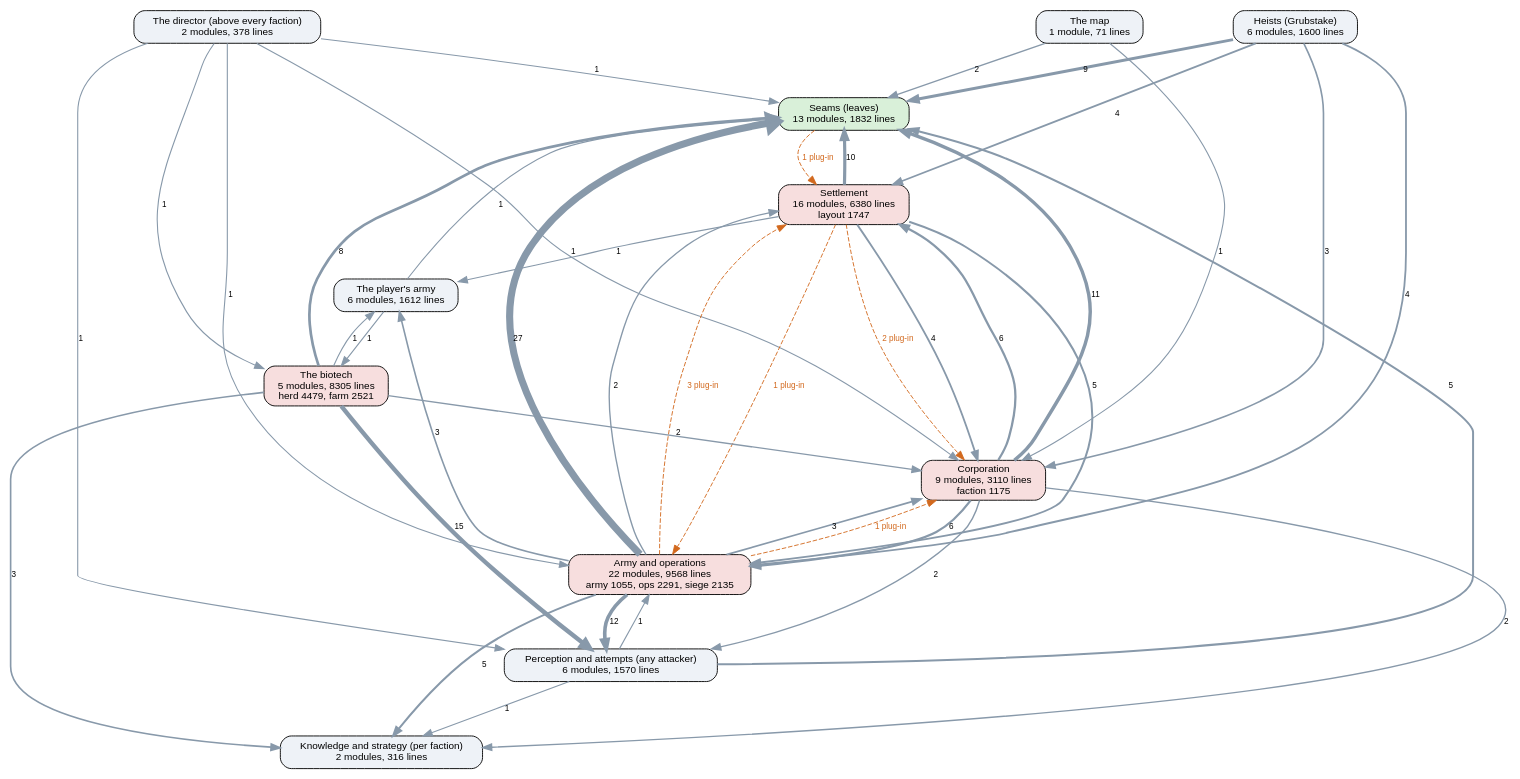
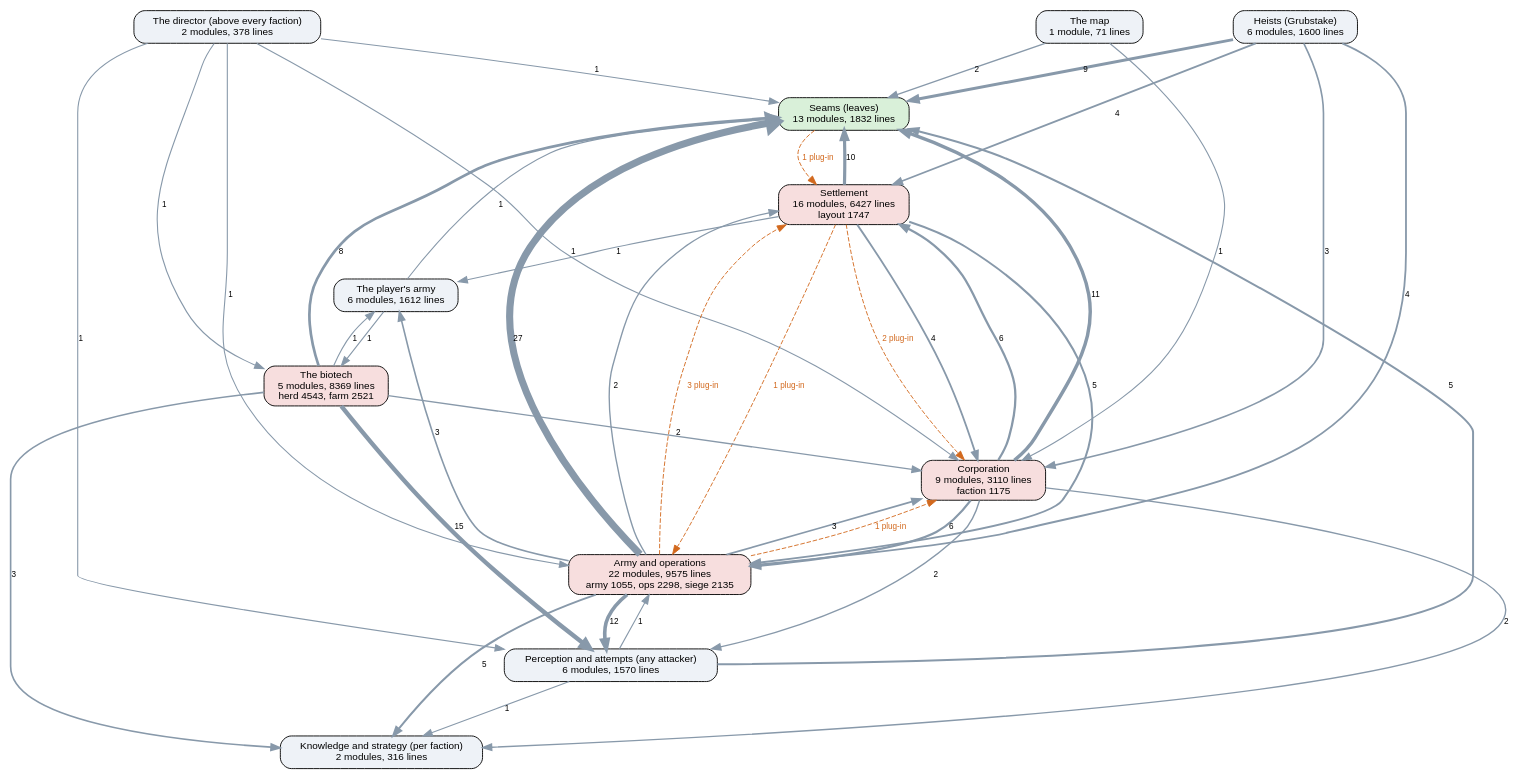
Before and after one commit to kinelhu/landing-party: the diagram in docs/ai-layers.dot, drawn with Graphviz. The commit also changed 16 other files, not shown here.

```diff
--- a/docs/ai-layers.dot
+++ b/docs/ai-layers.dot
@@ -1,57 +1,57 @@
 digraph layers {
   graph [rankdir=TB, fontname="Helvetica", nodesep=0.5, ranksep=0.7];
   node [shape=box, style="rounded,filled", fontname="Helvetica", fontsize=11, fillcolor="#eef2f7"];
   edge [color="#8899aa", fontname="Helvetica", fontsize=9];
   "Seams (leaves)" [label="Seams (leaves)\n13 modules, 1832 lines", fillcolor="#d9f0d9"];
   "Perception and attempts (any attacker)" [label="Perception and attempts (any attacker)\n6 modules, 1570 lines", fillcolor="#eef2f7"];
   "Knowledge and strategy (per faction)" [label="Knowledge and strategy (per faction)\n2 modules, 316 lines", fillcolor="#eef2f7"];
   "The director (above every faction)" [label="The director (above every faction)\n2 modules, 378 lines", fillcolor="#eef2f7"];
   "Corporation" [label="Corporation\n9 modules, 3110 lines\nfaction 1175", fillcolor="#f7dede"];
-  "Settlement" [label="Settlement\n16 modules, 6380 lines\nlayout 1747", fillcolor="#f7dede"];
-  "Army and operations" [label="Army and operations\n22 modules, 9568 lines\narmy 1055, ops 2291, siege 2135", fillcolor="#f7dede"];
+  "Settlement" [label="Settlement\n16 modules, 6427 lines\nlayout 1747", fillcolor="#f7dede"];
+  "Army and operations" [label="Army and operations\n22 modules, 9575 lines\narmy 1055, ops 2298, siege 2135", fillcolor="#f7dede"];
   "Heists (Grubstake)" [label="Heists (Grubstake)\n6 modules, 1600 lines", fillcolor="#eef2f7"];
-  "The biotech" [label="The biotech\n5 modules, 8305 lines\nherd 4479, farm 2521", fillcolor="#f7dede"];
+  "The biotech" [label="The biotech\n5 modules, 8369 lines\nherd 4543, farm 2521", fillcolor="#f7dede"];
   "The map" [label="The map\n1 module, 71 lines", fillcolor="#eef2f7"];
   "The player's army" [label="The player's army\n6 modules, 1612 lines", fillcolor="#eef2f7"];
   "Army and operations" -> "Corporation" [label="3", penwidth=1.8];
   "Army and operations" -> "Knowledge and strategy (per faction)" [label="5", penwidth=2.2];
   "Army and operations" -> "Perception and attempts (any attacker)" [label="12", penwidth=4.0];
   "Army and operations" -> "Seams (leaves)" [label="27", penwidth=7.8];
   "Army and operations" -> "Settlement" [label="2", penwidth=1.5];
   "Army and operations" -> "The player's army" [label="3", penwidth=1.8];
   "Corporation" -> "Army and operations" [label="6", penwidth=2.5];
   "Corporation" -> "Knowledge and strategy (per faction)" [label="2", penwidth=1.5];
   "Corporation" -> "Perception and attempts (any attacker)" [label="2", penwidth=1.5];
   "Corporation" -> "Seams (leaves)" [label="11", penwidth=3.8];
   "Corporation" -> "Settlement" [label="6", penwidth=2.5];
   "Heists (Grubstake)" -> "Army and operations" [label="4", penwidth=2.0];
   "Heists (Grubstake)" -> "Corporation" [label="3", penwidth=1.8];
   "Heists (Grubstake)" -> "Seams (leaves)" [label="9", penwidth=3.2];
   "Heists (Grubstake)" -> "Settlement" [label="4", penwidth=2.0];
   "Perception and attempts (any attacker)" -> "Army and operations" [label="1", penwidth=1.2];
   "Perception and attempts (any attacker)" -> "Knowledge and strategy (per faction)" [label="1", penwidth=1.2];
   "Perception and attempts (any attacker)" -> "Seams (leaves)" [label="5", penwidth=2.2];
   "Settlement" -> "Army and operations" [label="5", penwidth=2.2];
   "Settlement" -> "Corporation" [label="4", penwidth=2.0];
   "Settlement" -> "Seams (leaves)" [label="10", penwidth=3.5];
   "Settlement" -> "The player's army" [label="1", penwidth=1.2];
   "The biotech" -> "Corporation" [label="2", penwidth=1.5];
   "The biotech" -> "Knowledge and strategy (per faction)" [label="3", penwidth=1.8];
   "The biotech" -> "Perception and attempts (any attacker)" [label="15", penwidth=4.8];
   "The biotech" -> "Seams (leaves)" [label="8", penwidth=3.0];
   "The biotech" -> "The player's army" [label="1", penwidth=1.2];
   "The director (above every faction)" -> "Army and operations" [label="1", penwidth=1.2];
   "The director (above every faction)" -> "Corporation" [label="1", penwidth=1.2];
   "The director (above every faction)" -> "Perception and attempts (any attacker)" [label="1", penwidth=1.2];
   "The director (above every faction)" -> "Seams (leaves)" [label="1", penwidth=1.2];
   "The director (above every faction)" -> "The biotech" [label="1", penwidth=1.2];
   "The map" -> "Corporation" [label="1", penwidth=1.2];
   "The map" -> "Seams (leaves)" [label="2", penwidth=1.5];
   "The player's army" -> "Seams (leaves)" [label="1", penwidth=1.2];
   "The player's army" -> "The biotech" [label="1", penwidth=1.2];
   "Army and operations" -> "Corporation" [style=dashed, color="#d2691e", fontcolor="#d2691e", label="1 plug-in"];
   "Army and operations" -> "Settlement" [style=dashed, color="#d2691e", fontcolor="#d2691e", label="3 plug-in"];
   "Seams (leaves)" -> "Settlement" [style=dashed, color="#d2691e", fontcolor="#d2691e", label="1 plug-in"];
   "Settlement" -> "Army and operations" [style=dashed, color="#d2691e", fontcolor="#d2691e", label="1 plug-in"];
   "Settlement" -> "Corporation" [style=dashed, color="#d2691e", fontcolor="#d2691e", label="2 plug-in"];
 }
```
